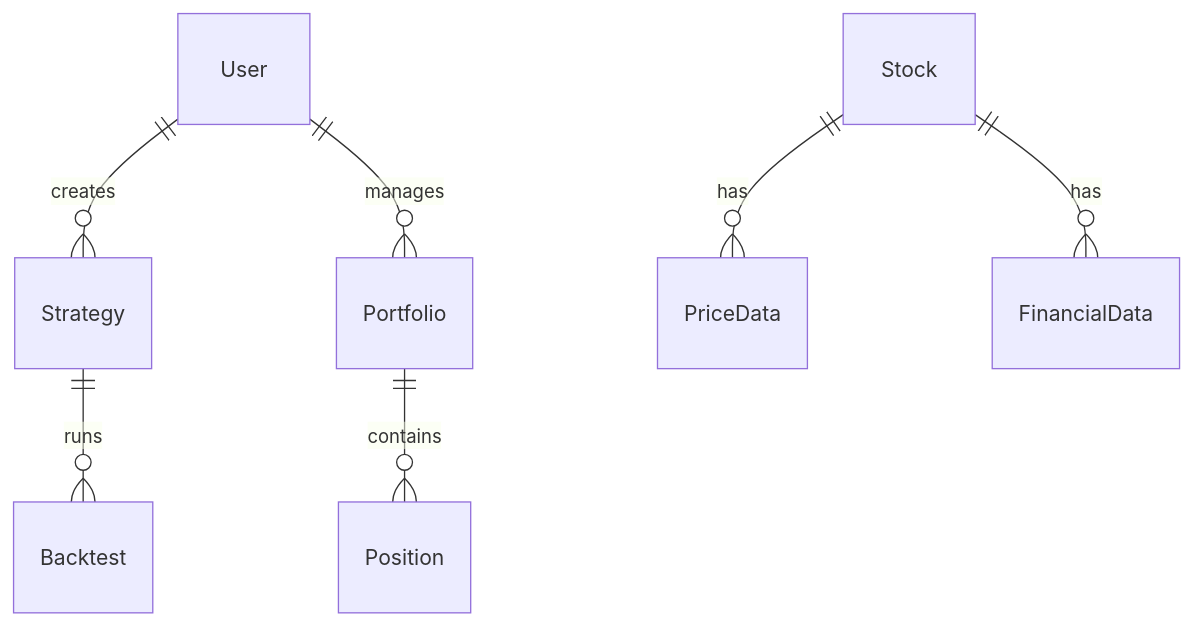
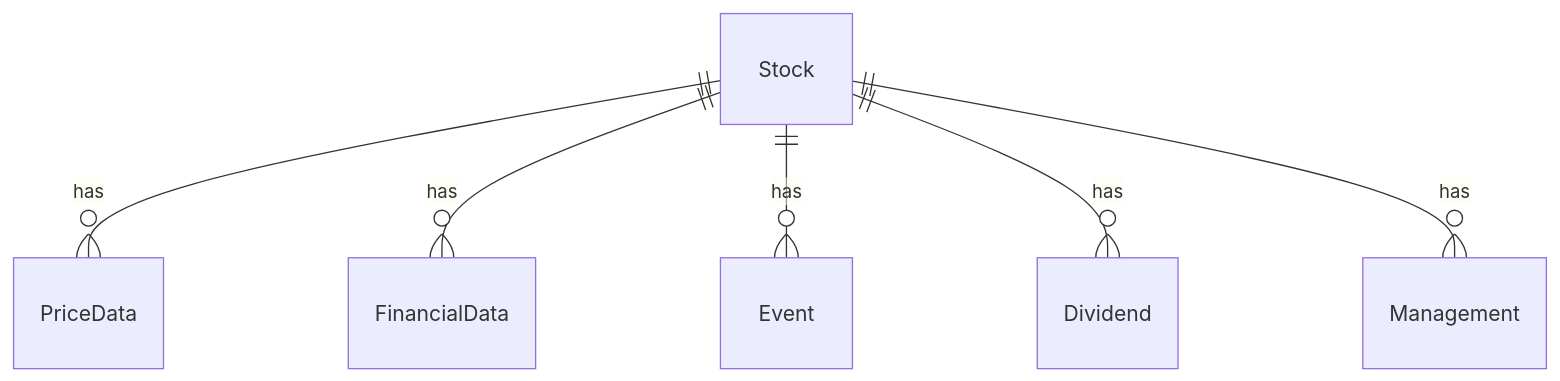
Before and after one commit to nguyenduccanh011/code-rule: the second of 2 diagrams in project_overview.md, drawn with Mermaid. The commit also changed other lines of this file and 70 other files, not shown here.

````diff
--- a/project_overview.md
+++ b/project_overview.md
@@ -107,9 +97,8 @@
 ```mermaid
 erDiagram
-    User ||--o{ Strategy : creates
-    User ||--o{ Portfolio : manages
-    Strategy ||--o{ Backtest : runs
     Stock ||--o{ PriceData : has
     Stock ||--o{ FinancialData : has
-    Portfolio ||--o{ Position : contains
+    Stock ||--o{ Event : has
+    Stock ||--o{ Dividend : has
+    Stock ||--o{ Management : has
 ```
````
